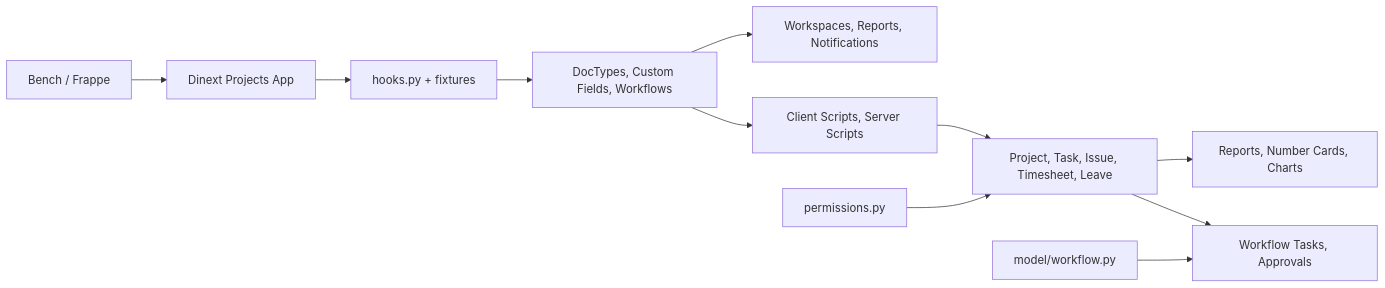
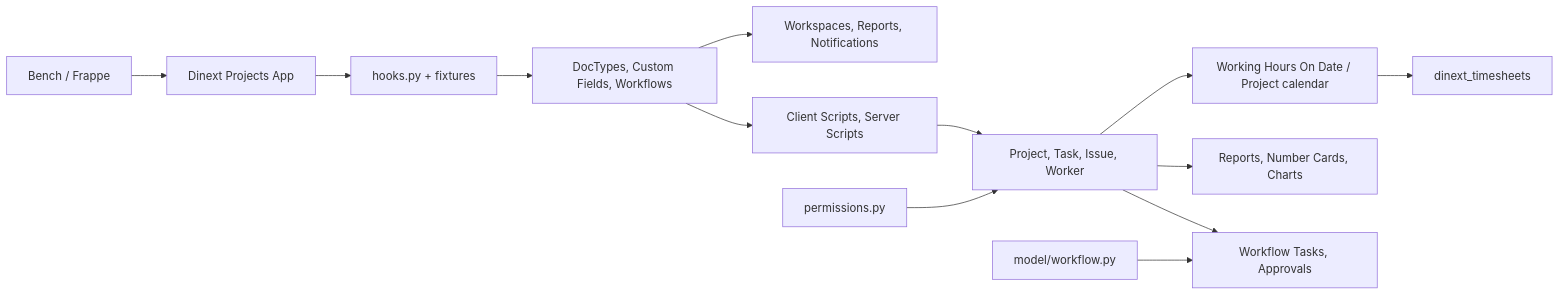
Before and after one commit to Dinext-pro/dinext-projects: the diagram in README.md, drawn with Mermaid. The commit also changed other lines of this file and 95 other files, not shown here.

First line of the commit message:
refactor: remove deprecated leave and timesheet functionalities

````diff
--- a/README.md
+++ b/README.md
@@ -359,13 +299,15 @@
 ```mermaid
 flowchart LR
   Bench[Bench / Frappe] --> App[Dinext Projects App]
   App --> Hooks[hooks.py + fixtures]
   Hooks --> Meta[DocTypes, Custom Fields, Workflows]
   Meta --> Desk[Workspaces, Reports, Notifications]
   Meta --> Automation[Client Scripts, Server Scripts]
-  Automation --> CoreDocs[Project, Task, Issue, Timesheet, Leave]
+  Automation --> CoreDocs[Project, Task, Issue, Worker]
+  CoreDocs --> Shared[Working Hours On Date / Project calendar]
+  Shared --> TimesheetsApp[dinext_timesheets]
   CoreDocs --> Analytics[Reports, Number Cards, Charts]
   CoreDocs --> Approval[Workflow Tasks, Approvals]
   permissions[permissions.py] --> CoreDocs
   workflow_model[model/workflow.py] --> Approval
 ```
````
